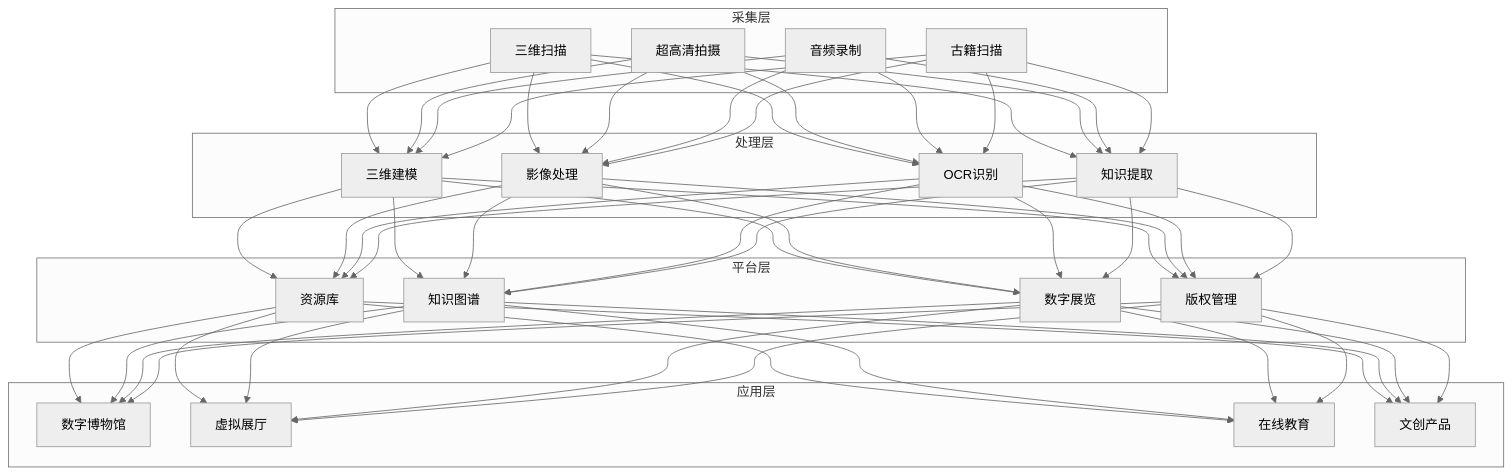
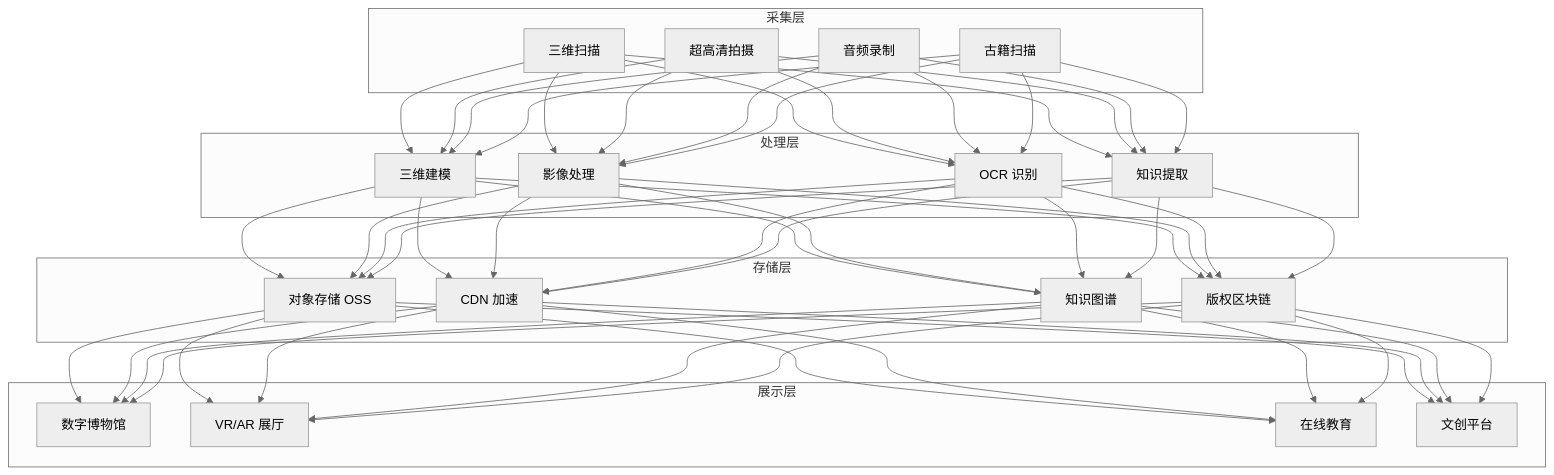
One commit to kudig-io/kudig-database changed the diagram in topic-application-architecture/83-cultural-digitization.md. Above: the diagram before and after it, drawn with Mermaid (neutral theme). The commit also changed other lines of this file and 8633 other files, not shown here.

````diff
--- a/topic-application-architecture/83-cultural-digitization.md
+++ b/topic-application-architecture/83-cultural-digitization.md
@@ -49,34 +115,34 @@
 ```mermaid
 graph TB
     subgraph 采集层
         C1[三维扫描]
         C2[超高清拍摄]
         C3[音频录制]
         C4[古籍扫描]
     end
 
     subgraph 处理层
         P1[三维建模]
         P2[影像处理]
-        P3[OCR识别]
+        P3[OCR 识别]
         P4[知识提取]
     end
 
-    subgraph 平台层
-        PL1[资源库]
-        PL2[知识图谱]
-        PL3[数字展览]
-        PL4[版权管理]
+    subgraph 存储层
+        S1[对象存储 OSS]
+        S2[CDN 加速]
+        S3[知识图谱]
+        S4[版权区块链]
     end
 
-    subgraph 应用层
-        A1[数字博物馆]
-        A2[虚拟展厅]
-        A3[在线教育]
-        A4[文创产品]
+    subgraph 展示层
+        E1[数字博物馆]
+        E2[VR/AR 展厅]
+        E3[在线教育]
+        E4[文创平台]
     end
 
     C1 & C2 & C3 & C4 --> P1 & P2 & P3 & P4
-    P1 & P2 & P3 & P4 --> PL1 & PL2 & PL3 & PL4
-    PL1 & PL2 & PL3 & PL4 --> A1 & A2 & A3 & A4
+    P1 & P2 & P3 & P4 --> S1 & S2 & S3 & S4
+    S1 & S2 & S3 & S4 --> E1 & E2 & E3 & E4
 ```
````
